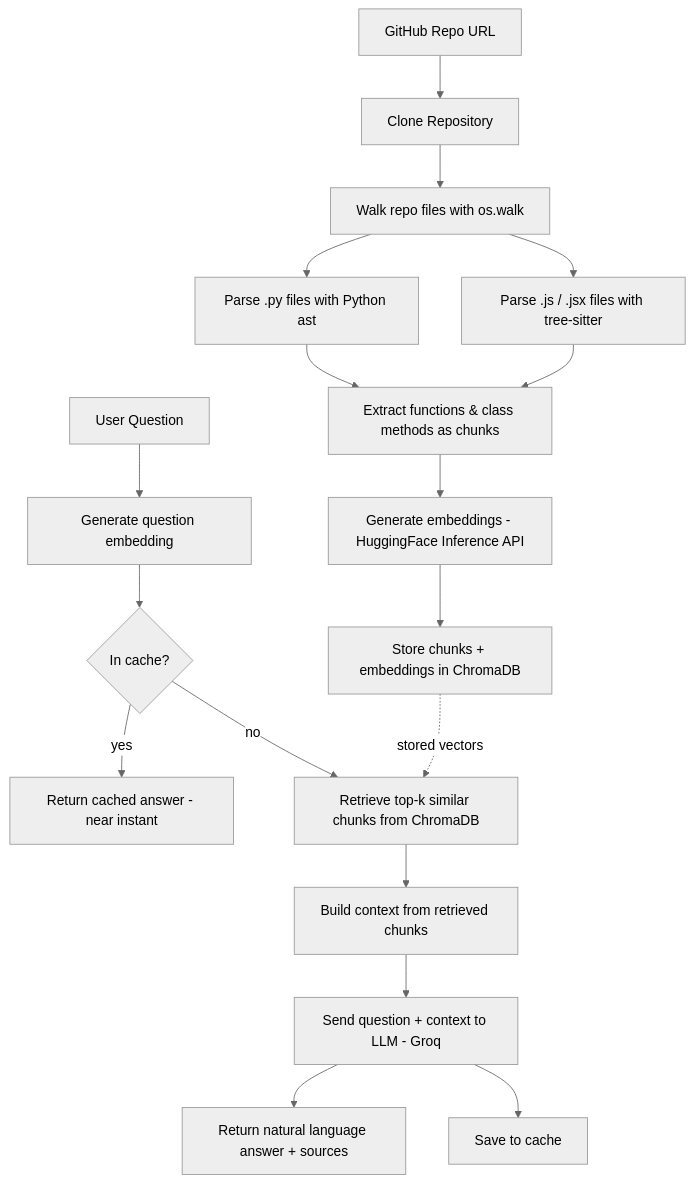
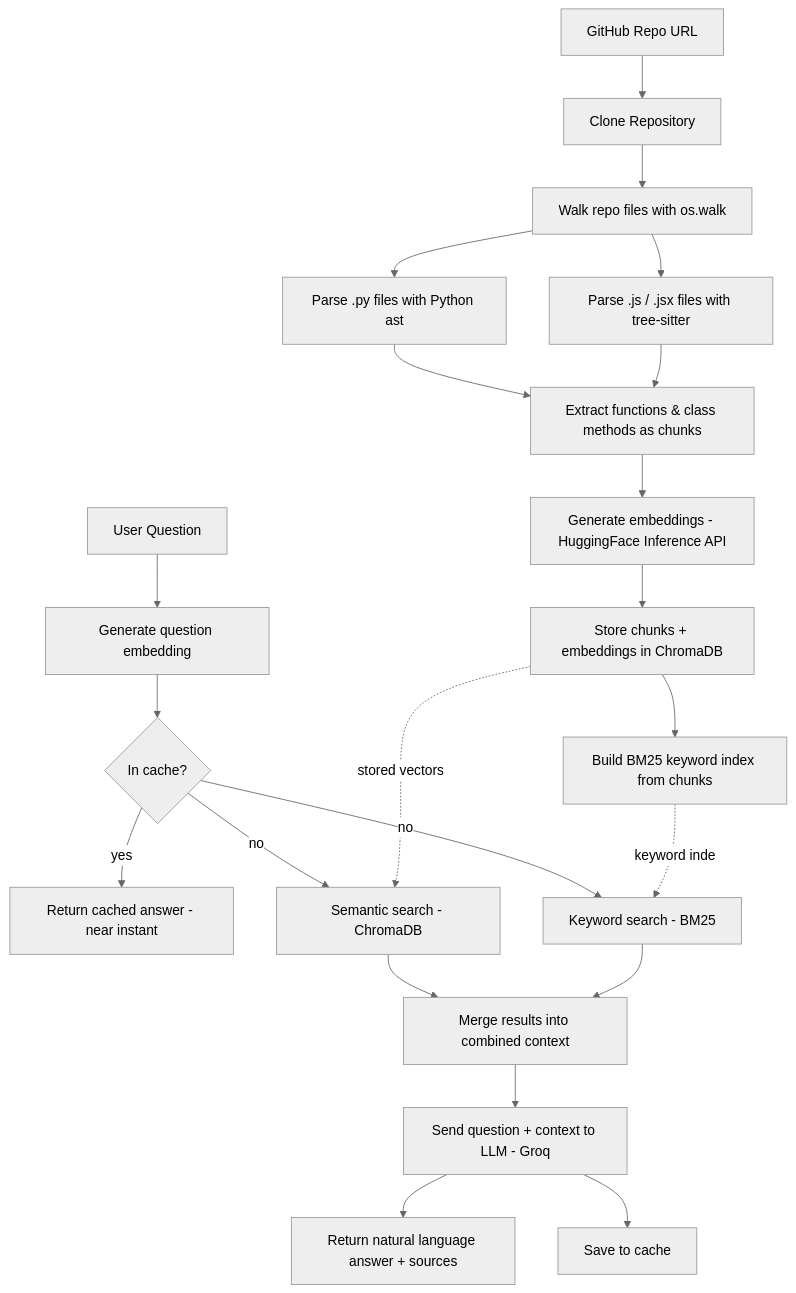
One commit to arunk-web/RepoMind---Intelligent-repository-navigation-using-RAG changed the diagram in README.md. Above: the diagram before and after it, drawn with Mermaid (neutral theme). The commit also changed other lines of this file, not shown here.

````diff
--- a/README.md
+++ b/README.md
@@ -15,22 +17,27 @@
 ```mermaid
 flowchart TD
     A[GitHub Repo URL] --> B[Clone Repository]
     B --> C[Walk repo files with os.walk]
     C --> D1[Parse .py files with Python ast]
     C --> D2[Parse .js / .jsx files with tree-sitter]
     D1 --> E[Extract functions & class methods as chunks]
     D2 --> E
     E --> F[Generate embeddings - HuggingFace Inference API]
     F --> G[Store chunks + embeddings in ChromaDB]
-
+ 
+    G --> BM[Build BM25 keyword index from chunks]
+ 
     H[User Question] --> I[Generate question embedding]
     I --> Cache{In cache?}
     Cache -- yes --> M[Return cached answer - near instant]
-    Cache -- no --> J[Retrieve top-k similar chunks from ChromaDB]
-    J --> K[Build context from retrieved chunks]
+    Cache -- no --> J1[Semantic search - ChromaDB]
+    Cache -- no --> J2[Keyword search - BM25]
+    J1 --> K[Merge results into combined context]
+    J2 --> K
     K --> L[Send question + context to LLM - Groq]
     L --> M2[Return natural language answer + sources]
     L --> Store[Save to cache]
-
-    G -.stored vectors.-> J
+ 
+    G -.stored vectors.-> J1
+    BM -.keyword index.-> J2
 ```
````
